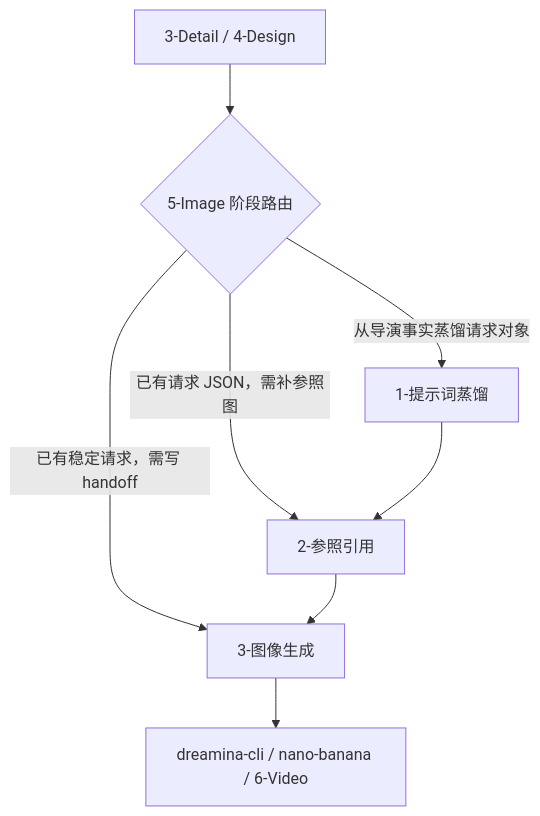
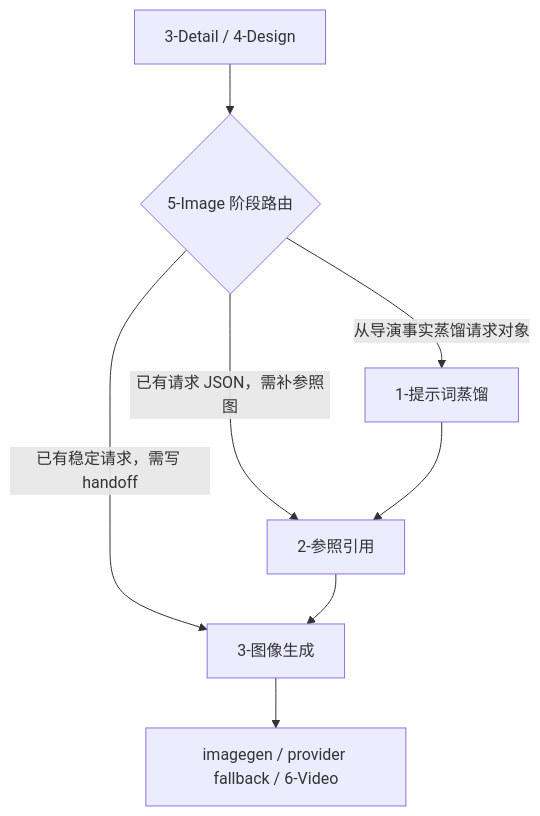
Before and after one commit to ZEN-VOID/AI-CUT: the diagram in .agents/skills/aigc/5-Image/SKILL.md, drawn with Mermaid. The commit also changed other lines of this file and 59 other files, not shown here.

````diff
--- a/.agents/skills/aigc/5-Image/SKILL.md
+++ b/.agents/skills/aigc/5-Image/SKILL.md
@@ -105,10 +105,10 @@
 ```mermaid
 flowchart TD
     A["3-Detail / 4-Design"] --> B{"5-Image 阶段路由"}
     B -->|"从导演事实蒸馏请求对象"| C["1-提示词蒸馏"]
     B -->|"已有请求 JSON，需补参照图"| D["2-参照引用"]
     B -->|"已有稳定请求，需写 handoff"| E["3-图像生成"]
     C --> D
     D --> E
-    E --> F["dreamina-cli / nano-banana / 6-Video"]
+    E --> F["imagegen / provider fallback / 6-Video"]
 ```
````
